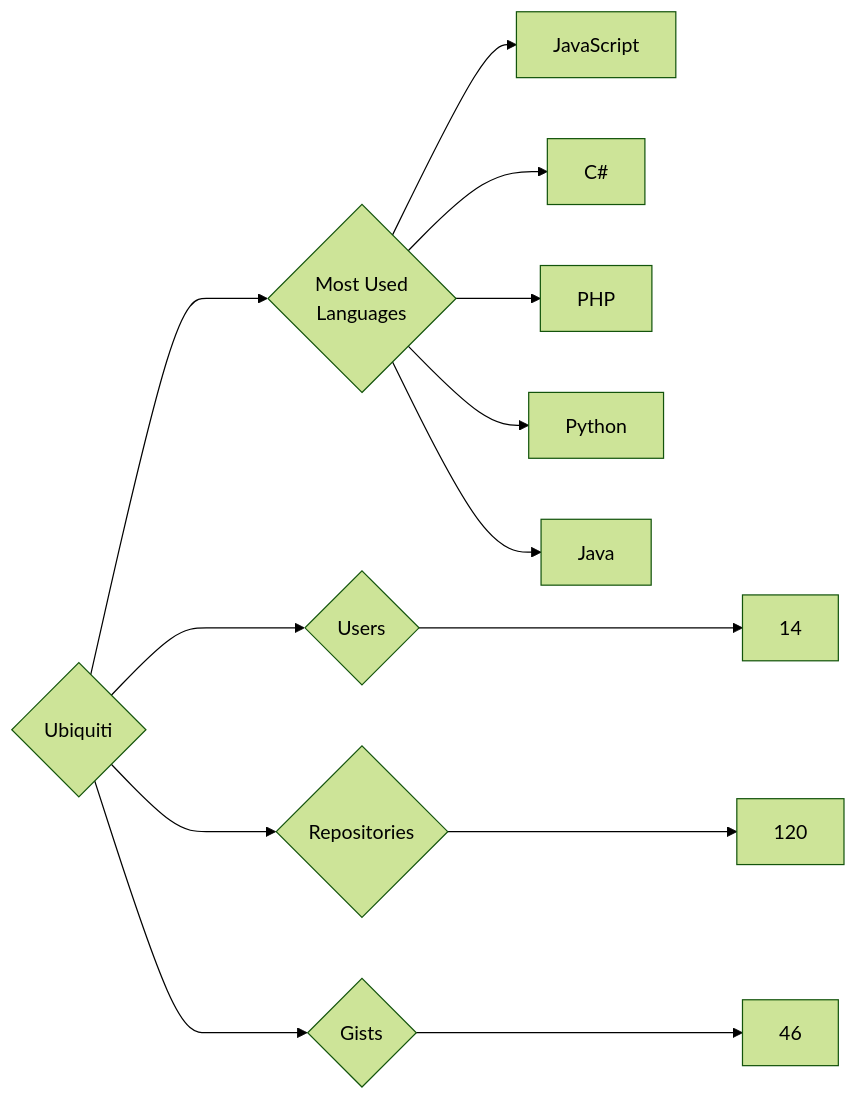
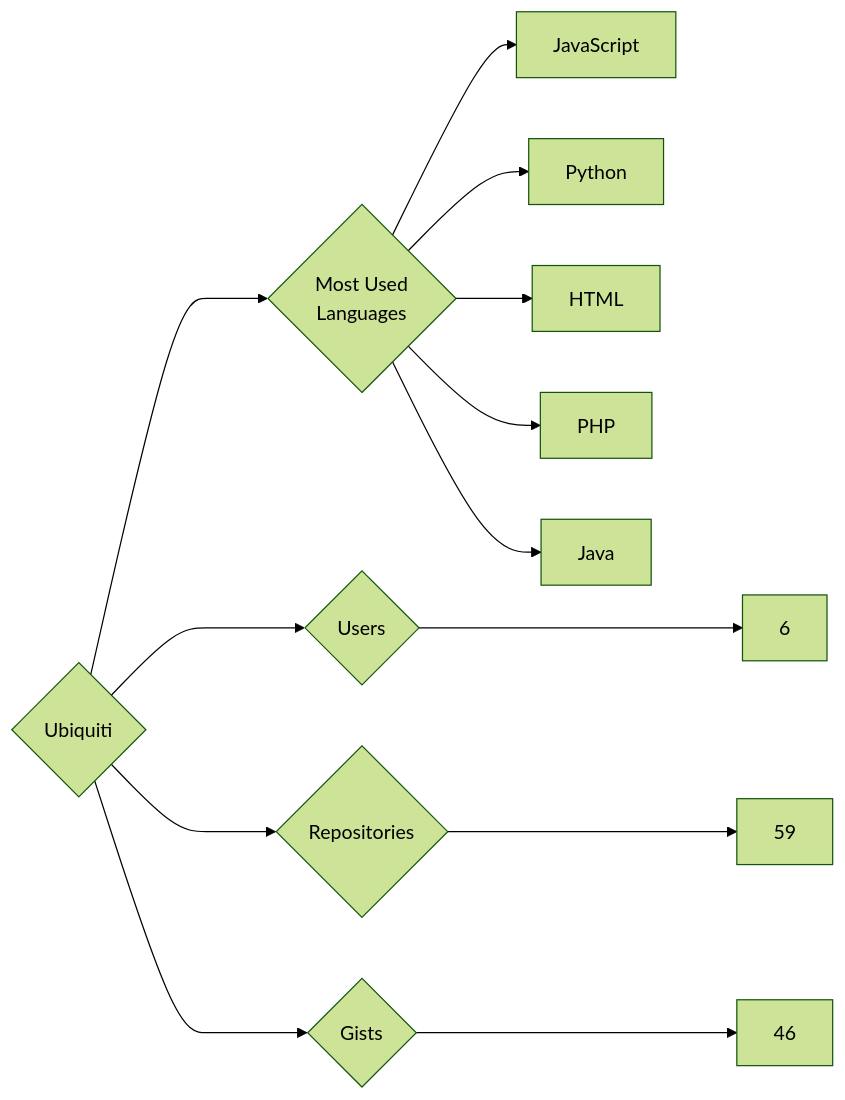
One commit to trickest/insiders changed the diagram in targets/Ubiquiti/README.md. Above: the diagram before and after it, drawn with Mermaid (forest theme). The commit also changed 1248 other files, not shown here.

````diff
--- a/targets/Ubiquiti/README.md
+++ b/targets/Ubiquiti/README.md
@@ -3,13 +3,13 @@
 ```mermaid
 graph LR
 COMPANY_NAME{Ubiquiti}
-COMPANY_NAME ---> U{Users} ---> UN[14]
-COMPANY_NAME ---> R{Repositories} ---> RN[120]
+COMPANY_NAME ---> U{Users} ---> UN[6]
+COMPANY_NAME ---> R{Repositories} ---> RN[59]
 COMPANY_NAME ---> G{Gists} ---> GN[46]
 COMPANY_NAME ---> ML{Most Used<br>Languages}
 ML --> JavaScript[JavaScript]
-ML --> C#[C#]
+ML --> Python[Python]
+ML --> HTML[HTML]
 ML --> PHP[PHP]
-ML --> Python[Python]
 ML --> Java[Java]
 ```
````
